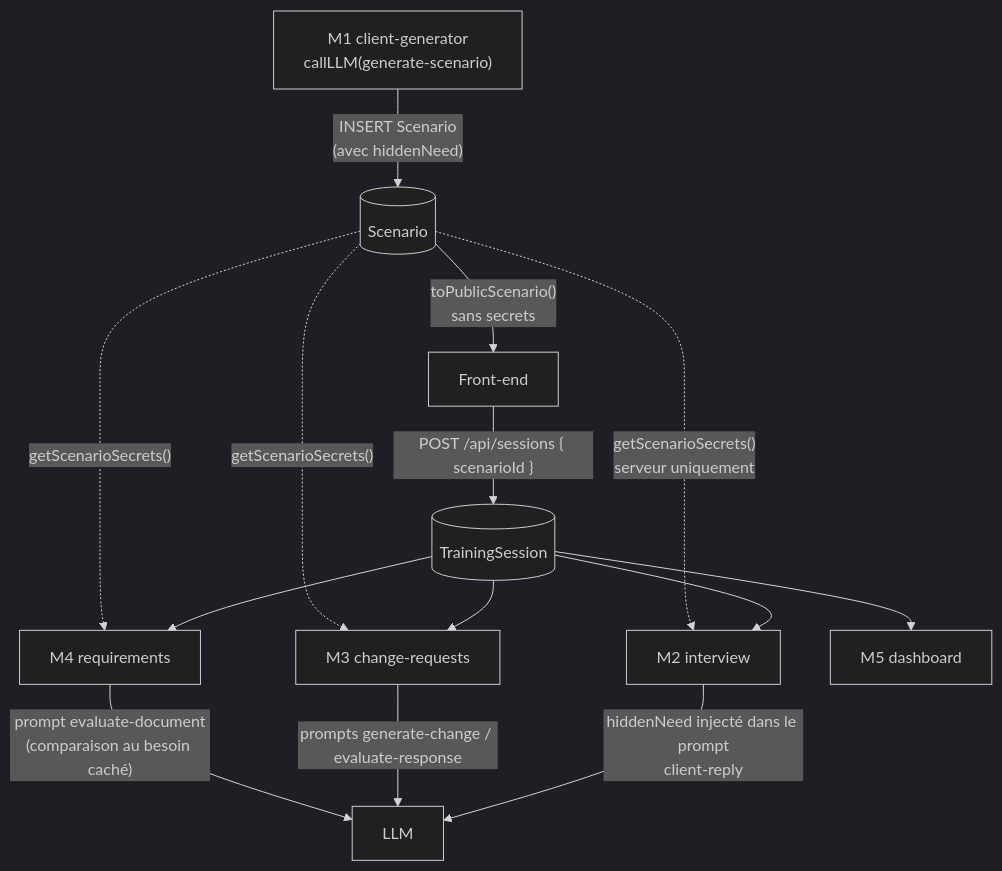
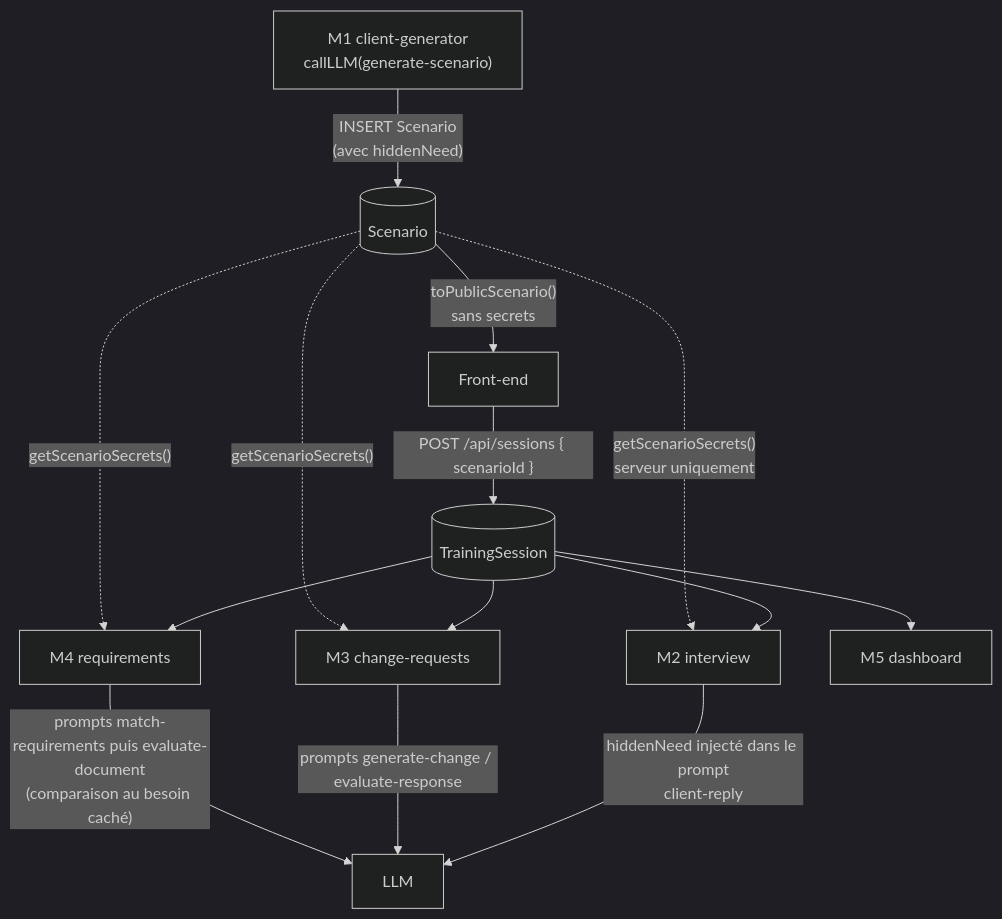
The fourth of 6 diagrams in docs/ARCHITECTURE.md (Khaalilabd/le-client-infernal), drawn with Mermaid (dark theme) before and after one commit. The commit also changed other lines of this file and 11 other files, not shown here.

Commit message:
docs(requirements): README, ARCHITECTURE (partie M4), captures et entrée P-M4-003

````diff
--- a/docs/ARCHITECTURE.md
+++ b/docs/ARCHITECTURE.md
@@ -321,16 +321,16 @@
 ```mermaid
 flowchart TD
     M1["M1 client-generator<br/>callLLM(generate-scenario)"] -->|"INSERT Scenario<br/>(avec hiddenNeed)"| SC[("Scenario")]
     SC -->|"toPublicScenario()<br/>sans secrets"| FRONT["Front-end"]
     FRONT -->|"POST /api/sessions { scenarioId }"| TS[("TrainingSession")]
     TS --> M2["M2 interview"]
     TS --> M3["M3 change-requests"]
     TS --> M4["M4 requirements"]
     TS --> M5["M5 dashboard"]
     SC -. "getScenarioSecrets()<br/>serveur uniquement" .-> M2
     SC -. "getScenarioSecrets()" .-> M3
     SC -. "getScenarioSecrets()" .-> M4
     M2 -->|"hiddenNeed injecté dans le prompt<br/>client-reply"| LLM["LLM"]
     M3 -->|"prompts generate-change / evaluate-response"| LLM
-    M4 -->|"prompt evaluate-document<br/>(comparaison au besoin caché)"| LLM
+    M4 -->|"prompts match-requirements puis evaluate-document<br/>(comparaison au besoin caché)"| LLM
 ```
````
